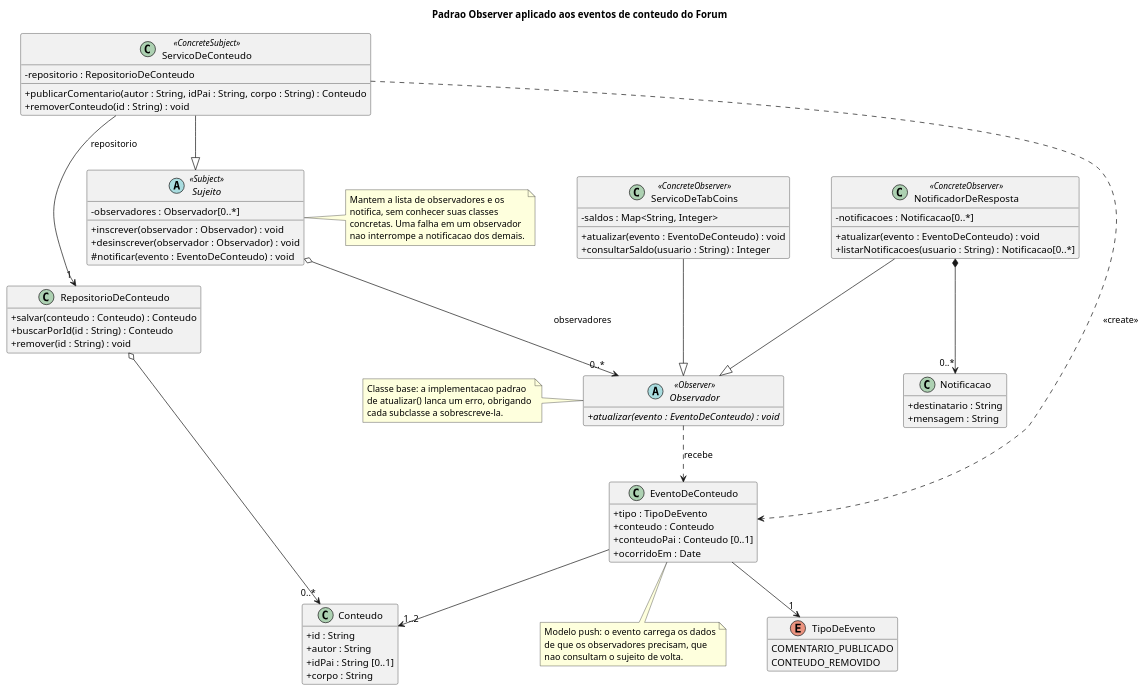
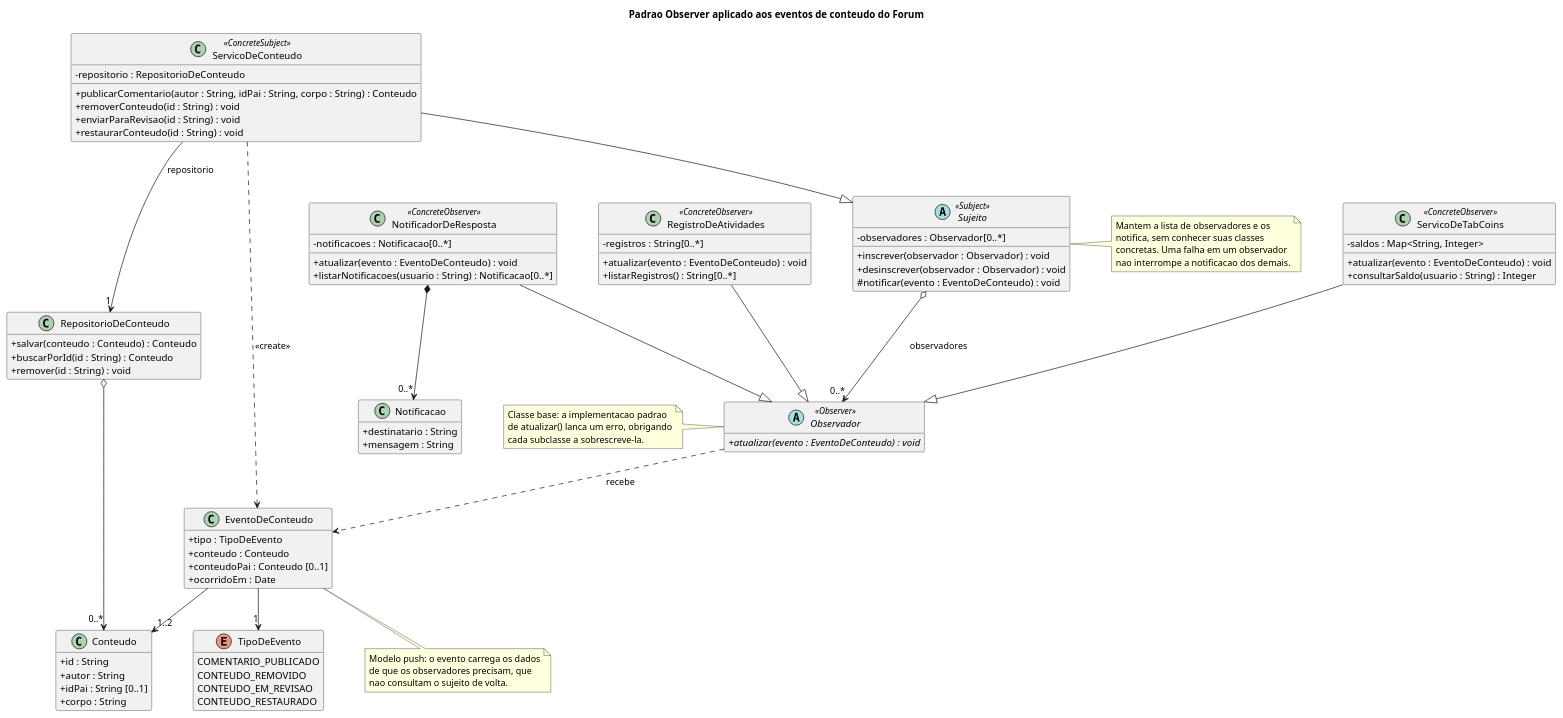
One commit to UnBArqDsw2026-2-Turma01/RepositorioTemplateEntrega3-TabNews-Forum changed the first of 2 diagrams in docs/Base/Relatórios/SubEquipe03/modelagem.md. Above: the diagram before and after it, drawn with PlantUML. The commit also changed other lines of this file, not shown here.

Commit message:
docs: atualiza diagramas e texto para incluir RegistroDeAtividades e moderação - Guilherme Moura

```diff
--- a/docs/Base/Relatórios/SubEquipe03/modelagem.md
+++ b/docs/Base/Relatórios/SubEquipe03/modelagem.md
@@ -58,6 +59,8 @@
   - repositorio : RepositorioDeConteudo
   + publicarComentario(autor : String, idPai : String, corpo : String) : Conteudo
   + removerConteudo(id : String) : void
+  + enviarParaRevisao(id : String) : void
+  + restaurarConteudo(id : String) : void
 }
 
 class ServicoDeTabCoins <<ConcreteObserver>> {
@@ -72,6 +75,13 @@
   + listarNotificacoes(usuario : String) : Notificacao[0..*]
 }
 
+class RegistroDeAtividades <<ConcreteObserver>> {
+- registros : String[0..*]
+
+  + atualizar(evento : EventoDeConteudo) : void
+  + listarRegistros() : String[0..*]
+}
+
 class EventoDeConteudo {
   + tipo : TipoDeEvento
   + conteudo : Conteudo
@@ -82,6 +92,8 @@
 enum TipoDeEvento {
   COMENTARIO_PUBLICADO
   CONTEUDO_REMOVIDO
+  CONTEUDO_EM_REVISAO
+  CONTEUDO_RESTAURADO
 }
 
 class Conteudo {
@@ -106,6 +118,7 @@
 ServicoDeConteudo --|> Sujeito
 ServicoDeTabCoins --|> Observador
 NotificadorDeResposta --|> Observador
+RegistroDeAtividades --|> Observador
 
 ServicoDeConteudo --> "1" RepositorioDeConteudo : repositorio
 RepositorioDeConteudo o--> "0..*" Conteudo
```
